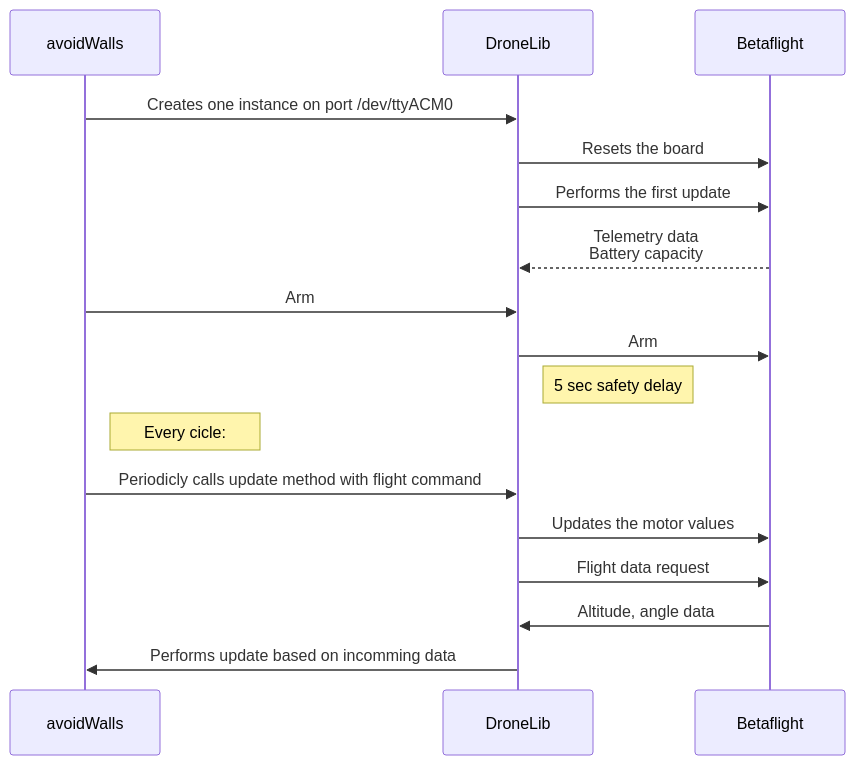
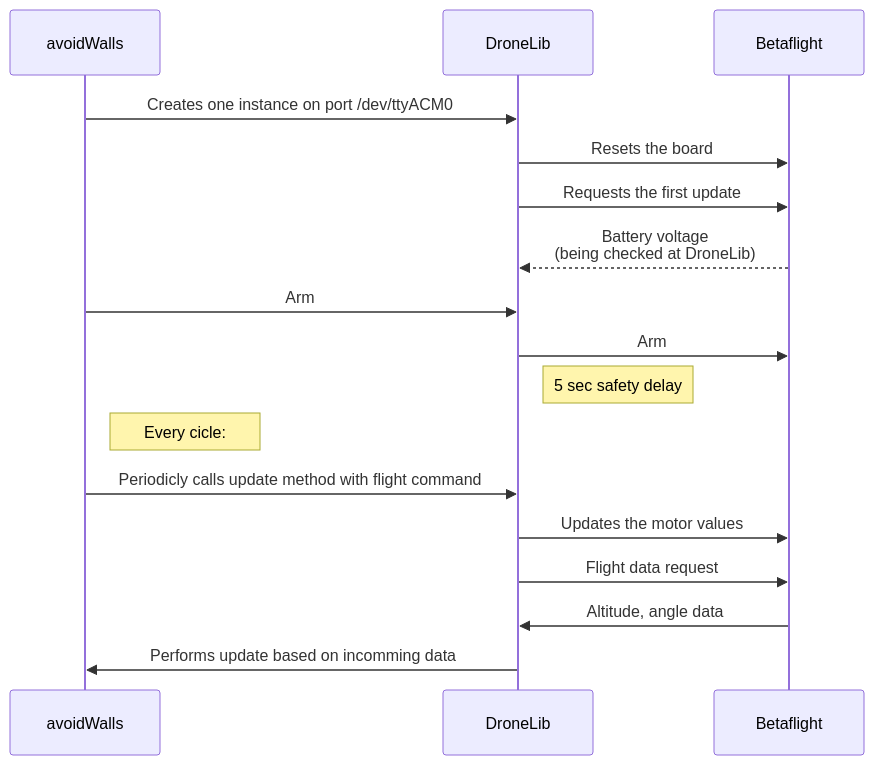
One commit to fiserKDZ/Dronelib-KDZ changed the second of 2 diagrams in doc/index.md. Above: the diagram before and after it, drawn with Mermaid. The commit also changed 15 other files, not shown here.

````diff
--- a/doc/index.md
+++ b/doc/index.md
@@ -42,18 +42,18 @@
 ```mermaid
 sequenceDiagram
 avoidWalls ->> DroneLib: Creates one instance on port /dev/ttyACM0
 DroneLib ->> Betaflight: Resets the board
-DroneLib ->> Betaflight: Performs the first update
-Betaflight -->> DroneLib: Telemetry data<br>Battery capacity
+DroneLib ->> Betaflight: Requests the first update
+Betaflight -->> DroneLib: Battery voltage<br>(being checked at DroneLib)
 
 avoidWalls ->> DroneLib: Arm
 DroneLib ->> Betaflight: Arm
 Note right of DroneLib: 5 sec safety delay
 Note right of avoidWalls: Every cicle:
 avoidWalls ->> DroneLib: Periodicly calls update method with flight command
 DroneLib ->> Betaflight: Updates the motor values
 DroneLib ->> Betaflight: Flight data request
 Betaflight ->> DroneLib: Altitude, angle data
 DroneLib ->> avoidWalls: Performs update based on incomming data
 
 ```
````
